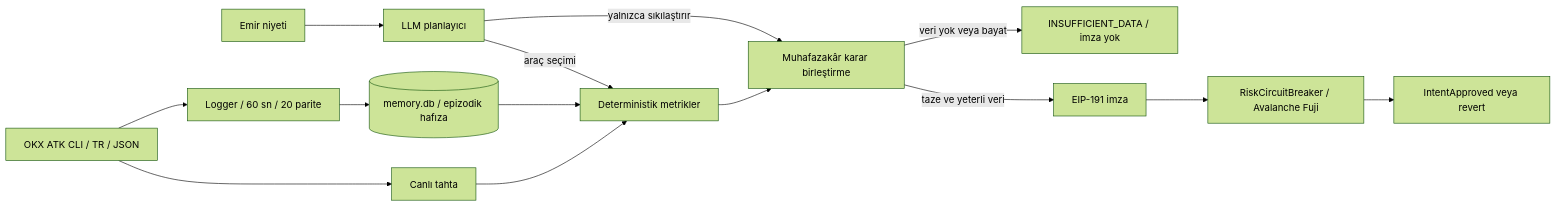
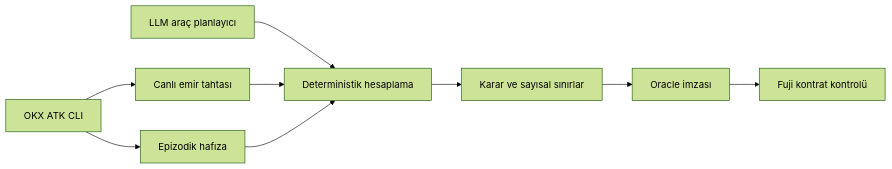
The diagram in README.md (akifaybek/arf), drawn with Mermaid (forest theme) before and after one commit. The commit also changed other lines of this file and 21 other files, not shown here.

````diff
--- a/README.md
+++ b/README.md
@@ -18,16 +26,11 @@
 ```mermaid
 flowchart LR
-    I[Emir niyeti] --> A[LLM planlayıcı]
-    ATK[OKX ATK CLI / TR / JSON] --> B[Canlı tahta]
-    ATK --> H[Logger / 60 sn / 20 parite]
-    H --> DB[(memory.db / epizodik hafıza)]
-    A -->|araç seçimi| M[Deterministik metrikler]
-    B --> M
-    DB --> M
-    M --> D[Muhafazakâr karar birleştirme]
-    A -->|yalnızca sıkılaştırır| D
-    D -->|taze ve yeterli veri| S[EIP-191 imza]
-    D -->|veri yok veya bayat| X[INSUFFICIENT_DATA / imza yok]
-    S --> C[RiskCircuitBreaker / Avalanche Fuji]
-    C --> O[IntentApproved veya revert]
+    ATK[OKX ATK CLI] --> Book[Canlı emir tahtası]
+    ATK --> Memory[Epizodik hafıza]
+    LLM[LLM araç planlayıcı] --> Metrics[Deterministik hesaplama]
+    Book --> Metrics
+    Memory --> Metrics
+    Metrics --> Decision[Karar ve sayısal sınırlar]
+    Decision --> Oracle[Oracle imzası]
+    Oracle --> Fuji[Fuji kontrat kontrolü]
 ```
````
